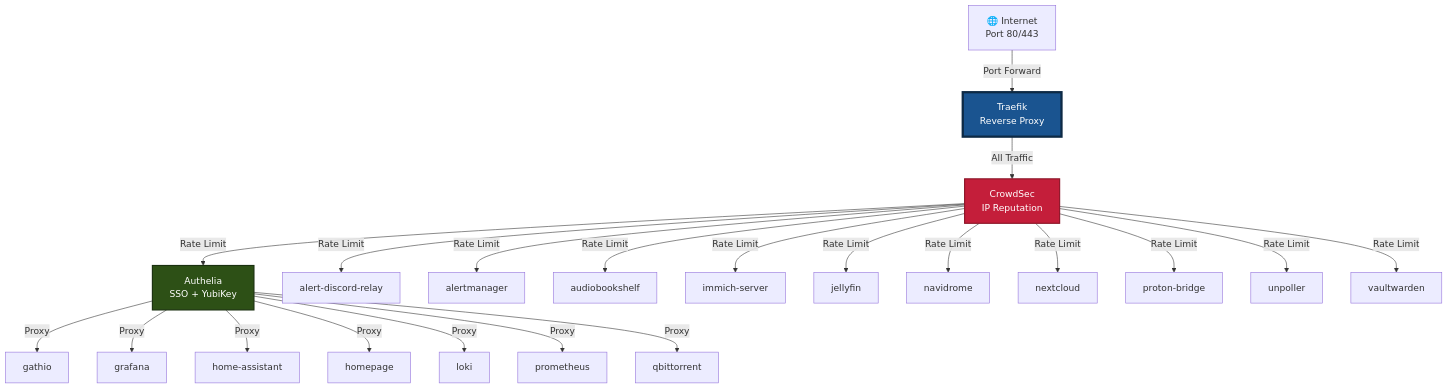
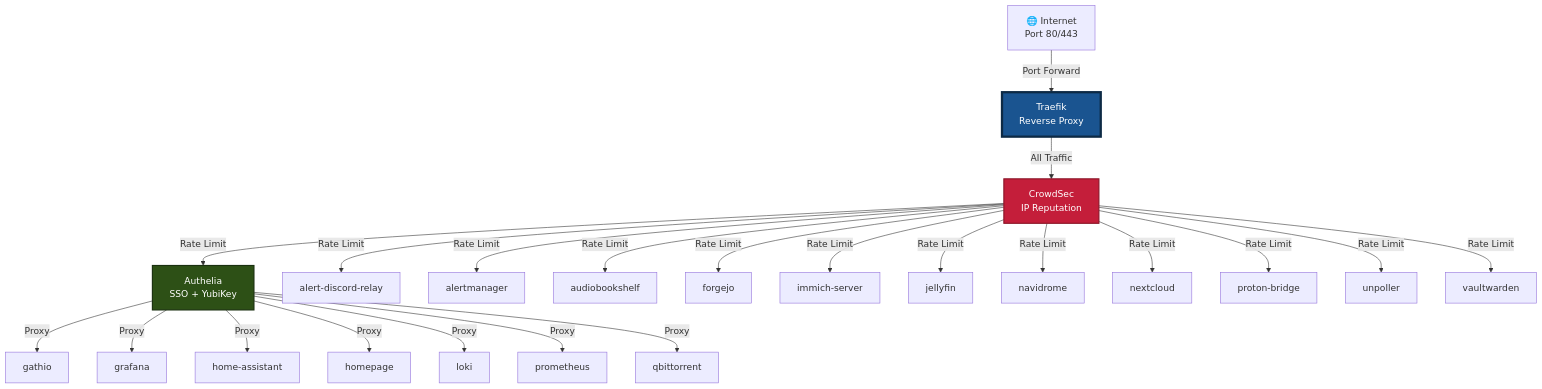
The first of 3 diagrams in docs/AUTO-NETWORK-TOPOLOGY.md (vonrobak/fedora-homelab-containers), drawn with Mermaid before and after one commit. The commit also changed other lines of this file and 8 other files, not shown here.

````diff
--- a/docs/AUTO-NETWORK-TOPOLOGY.md
+++ b/docs/AUTO-NETWORK-TOPOLOGY.md
@@ -12,35 +12,36 @@
 ```mermaid
 graph TB
     Internet[🌐 Internet<br/>Port 80/443]
     Internet -->|Port Forward| Traefik[Traefik<br/>Reverse Proxy]
 
     %% All traffic goes through CrowdSec first
     Traefik -->|All Traffic| CrowdSec[CrowdSec<br/>IP Reputation]
 
     %% Services requiring Authelia SSO
     CrowdSec -->|Rate Limit| Authelia[Authelia<br/>SSO + YubiKey]
     Authelia -->|Proxy| gathio[gathio]
     Authelia -->|Proxy| grafana[grafana]
     Authelia -->|Proxy| home_assistant[home-assistant]
     Authelia -->|Proxy| homepage[homepage]
     Authelia -->|Proxy| loki[loki]
     Authelia -->|Proxy| prometheus[prometheus]
     Authelia -->|Proxy| qbittorrent[qbittorrent]
 
     %% Services with native authentication (bypass Authelia)
     CrowdSec -->|Rate Limit| alert_discord_relay[alert-discord-relay]
     CrowdSec -->|Rate Limit| alertmanager[alertmanager]
     CrowdSec -->|Rate Limit| audiobookshelf[audiobookshelf]
+    CrowdSec -->|Rate Limit| forgejo[forgejo]
     CrowdSec -->|Rate Limit| immich_server[immich-server]
     CrowdSec -->|Rate Limit| jellyfin[jellyfin]
     CrowdSec -->|Rate Limit| navidrome[navidrome]
     CrowdSec -->|Rate Limit| nextcloud[nextcloud]
     CrowdSec -->|Rate Limit| proton_bridge[proton-bridge]
     CrowdSec -->|Rate Limit| unpoller[unpoller]
     CrowdSec -->|Rate Limit| vaultwarden[vaultwarden]
 
     %% Styling
     style Traefik fill:#1a5490,stroke:#0d2a45,stroke-width:4px,color:#fff
     style CrowdSec fill:#c41e3a,stroke:#8b1528,stroke-width:2px,color:#fff
     style Authelia fill:#2d5016,stroke:#1a3010,stroke-width:2px,color:#fff
 ```
````
